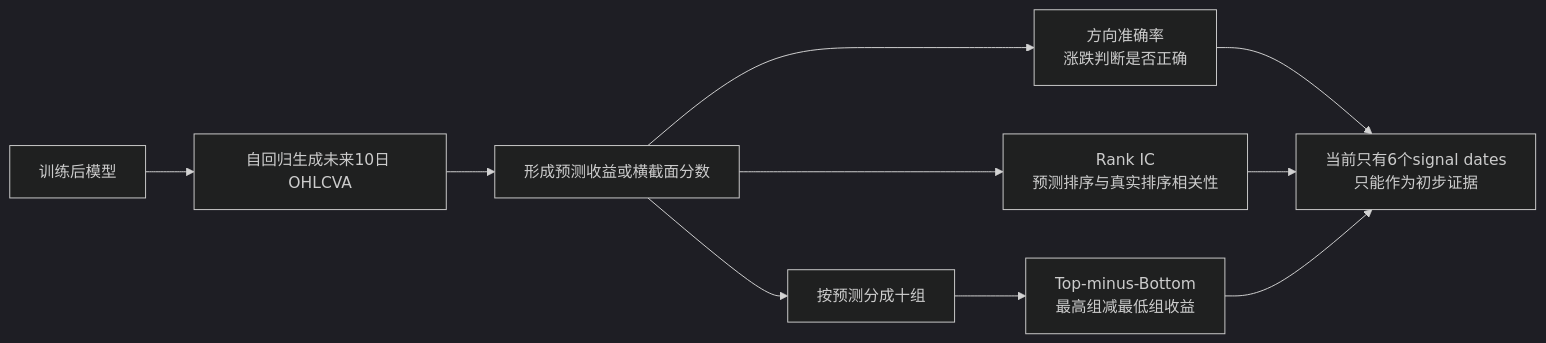
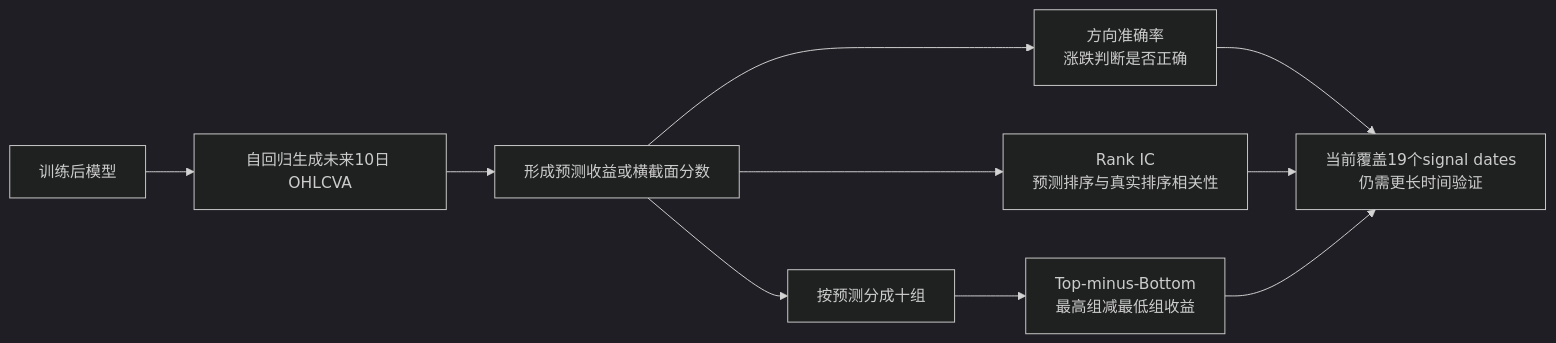
Before and after one commit to luckfu/Kronos: diagram 11 of 15 in finetune/SMALL_0_1_MODEL_AND_TRAINING_TECHNICAL_REPORT_CN.md, drawn with Mermaid (dark theme). The commit also changed other lines of this file and 20 other files, not shown here.

````diff
--- a/finetune/SMALL_0_1_MODEL_AND_TRAINING_TECHNICAL_REPORT_CN.md
+++ b/finetune/SMALL_0_1_MODEL_AND_TRAINING_TECHNICAL_REPORT_CN.md
@@ -416,12 +524,12 @@
 ```mermaid
 flowchart LR
     M[训练后模型] --> G[自回归生成未来10日 OHLCVA]
     G --> R[形成预测收益或横截面分数]
     R --> DA[方向准确率<br/>涨跌判断是否正确]
     R --> IC[Rank IC<br/>预测排序与真实排序相关性]
     R --> DEC[按预测分成十组]
     DEC --> TB[Top-minus-Bottom<br/>最高组减最低组收益]
-    DA --> L[当前只有6个signal dates<br/>只能作为初步证据]
+    DA --> L[当前覆盖19个signal dates<br/>仍需更长时间验证]
     IC --> L
     TB --> L
 ```
````
